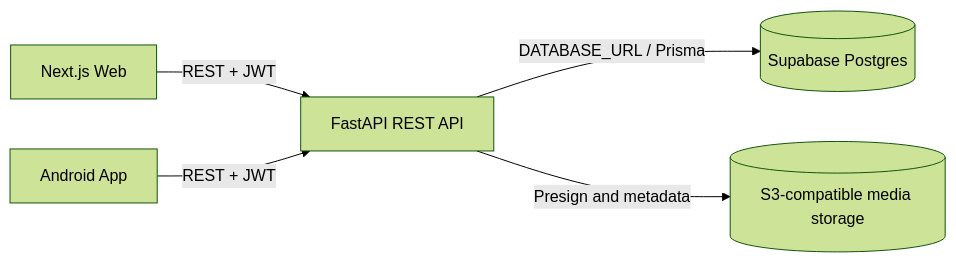
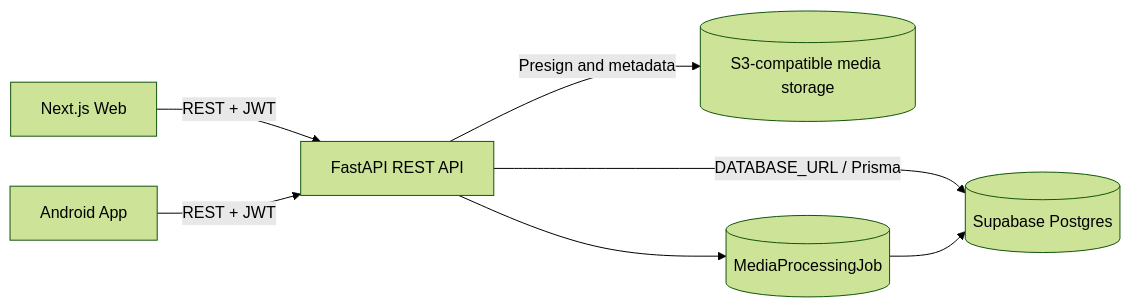
Diagram 12 of 12 in docs/ARCHITECTURE.md (cxacraftecosystem-ui/documentation-portal), drawn with Mermaid (forest theme) before and after one commit. The commit also changed other lines of this file and 22 other files, not shown here.

Commit message:
Add durable media processing queue

````diff
--- a/docs/ARCHITECTURE.md
+++ b/docs/ARCHITECTURE.md
@@ -236,13 +255,16 @@
 ```mermaid
 flowchart LR
   web[Next.js Web]
   android[Android App]
   api[FastAPI REST API]
   supabase[(Supabase Postgres)]
   storage[(S3-compatible media storage)]
+  queue[(MediaProcessingJob)]
 
   web -->|REST + JWT| api
   android -->|REST + JWT| api
   api -->|DATABASE_URL / Prisma| supabase
   api -->|Presign and metadata| storage
+  api --> queue
+  queue --> supabase
 ```
````
